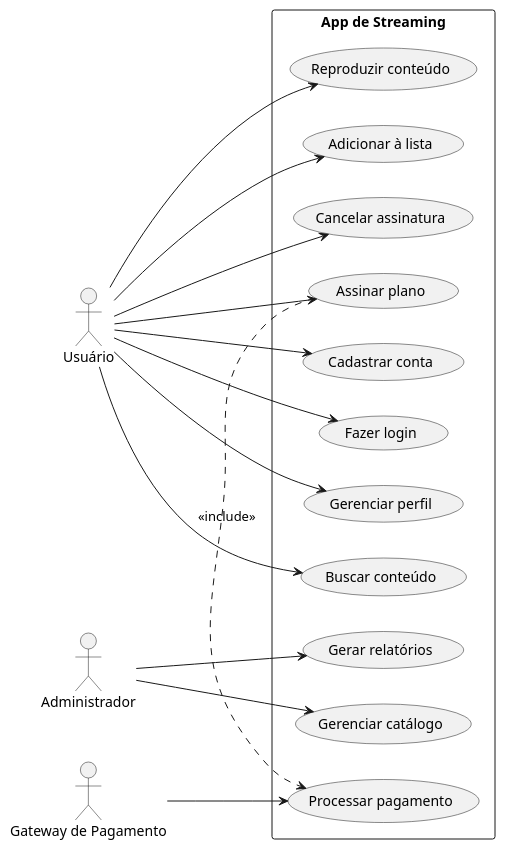
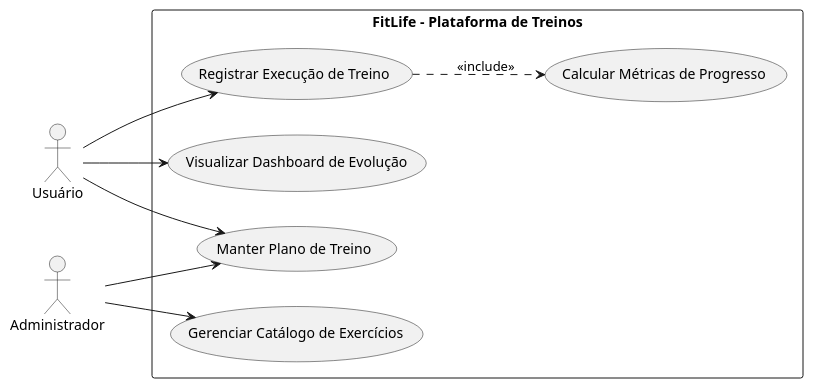
One commit to Projetos-de-Extensao/PBE_26.1_8003_AS_ML changed the diagram in docs/_Iniciação/casos_de_uso.md. Above: the diagram before and after it, drawn with PlantUML. The commit also changed 2 other files, not shown here.

Commit message:
RF, RNF e Casos de Uso formalizados

````diff
--- a/docs/_Iniciação/casos_de_uso.md
+++ b/docs/_Iniciação/casos_de_uso.md
@@ -26,39 +26,27 @@
 ```plantuml
 @startuml
 left to right direction
 
 actor "Usuário" as Usuario
 actor "Administrador" as Admin
-actor "Gateway de Pagamento" as Pagamento
 
-rectangle "App de Streaming" {
-	usecase "Cadastrar conta" as UC1
-	usecase "Fazer login" as UC2
-	usecase "Gerenciar perfil" as UC3
-	usecase "Buscar conteúdo" as UC4
-	usecase "Reproduzir conteúdo" as UC5
-	usecase "Adicionar à lista" as UC6
-	usecase "Assinar plano" as UC7
-	usecase "Processar pagamento" as UC8
-	usecase "Cancelar assinatura" as UC9
-	usecase "Gerenciar catálogo" as UC10
-	usecase "Gerar relatórios" as UC11
+
+rectangle "FitLife - Plataforma de Treinos" {
+    usecase "Manter Plano de Treino" as UC1
+    usecase "Registrar Execução de Treino" as UC2
+    usecase "Calcular Métricas de Progresso" as UC3
+    usecase "Visualizar Dashboard de Evolução" as UC4
+    usecase "Gerenciar Catálogo de Exercícios" as UC5
 }
 
 Usuario --> UC1
 Usuario --> UC2
-Usuario --> UC3
 Usuario --> UC4
-Usuario --> UC5
-Usuario --> UC6
-Usuario --> UC7
-Usuario --> UC9
 
-UC7 .> UC8 : <<include>>
-Pagamento --> UC8
+UC2 ..> UC3 : <<include>>
 
-Admin --> UC10
-Admin --> UC11
+Admin --> UC1
+Admin --> UC5
 
 @enduml
 ```
````
